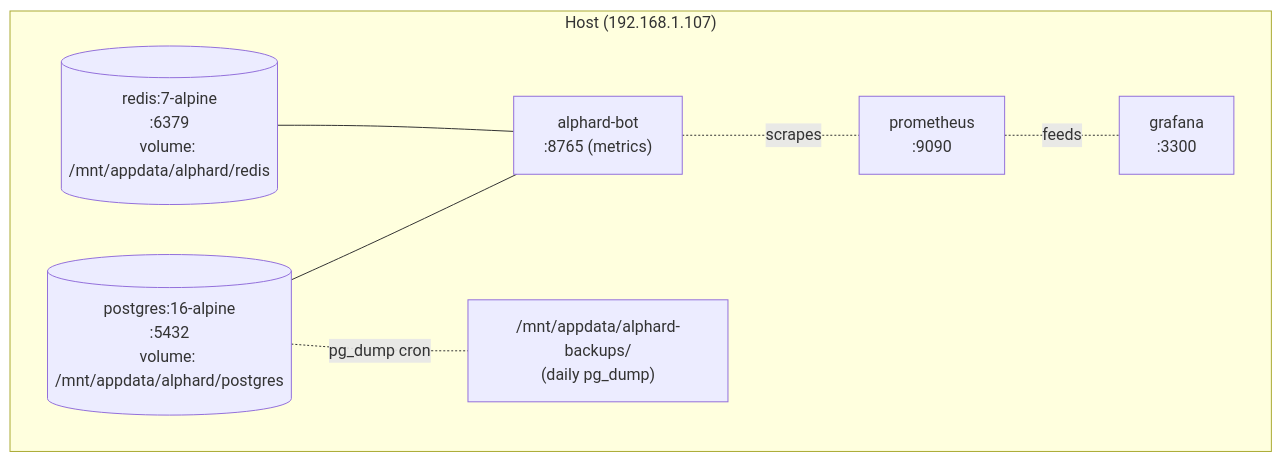
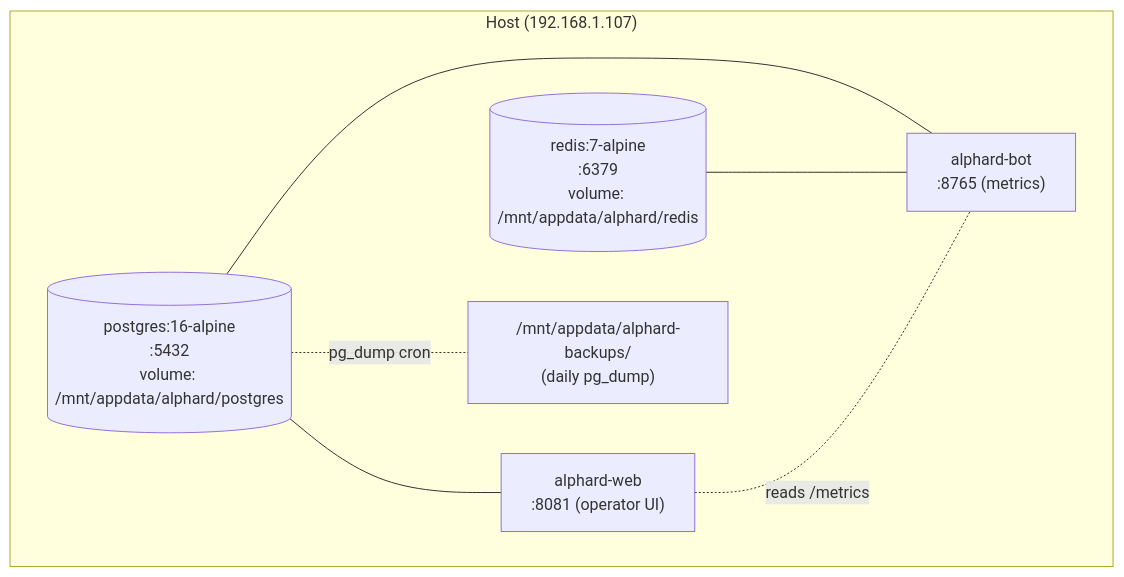
The third of 3 diagrams in ARCHITECTURE.md (m0rtal/alphard), drawn with Mermaid before and after one commit. The commit also changed other lines of this file and 10 other files, not shown here.

````diff
--- a/ARCHITECTURE.md
+++ b/ARCHITECTURE.md
@@ -253,17 +256,16 @@
 ```mermaid
 graph TB
     subgraph HOST["Host (192.168.1.107)"]
         PG[("postgres:16-alpine<br/>:5432<br/>volume: /mnt/appdata/alphard/postgres")]
         RD[("redis:7-alpine<br/>:6379<br/>volume: /mnt/appdata/alphard/redis")]
         BOT["alphard-bot<br/>:8765 (metrics)"]
-        PROM["prometheus<br/>:9090"]
-        GF["grafana<br/>:3300"]
+        WEB["alphard-web<br/>:8081 (operator UI)"]
         BACKUP["/mnt/appdata/alphard-backups/<br/>(daily pg_dump)"]
     end
 
     PG --- BOT
     RD --- BOT
-    BOT -.scrapes.- PROM
-    PROM -.feeds.- GF
+    PG --- WEB
+    WEB -.reads /metrics.- BOT
     PG -.pg_dump cron.- BACKUP
 ```
````
